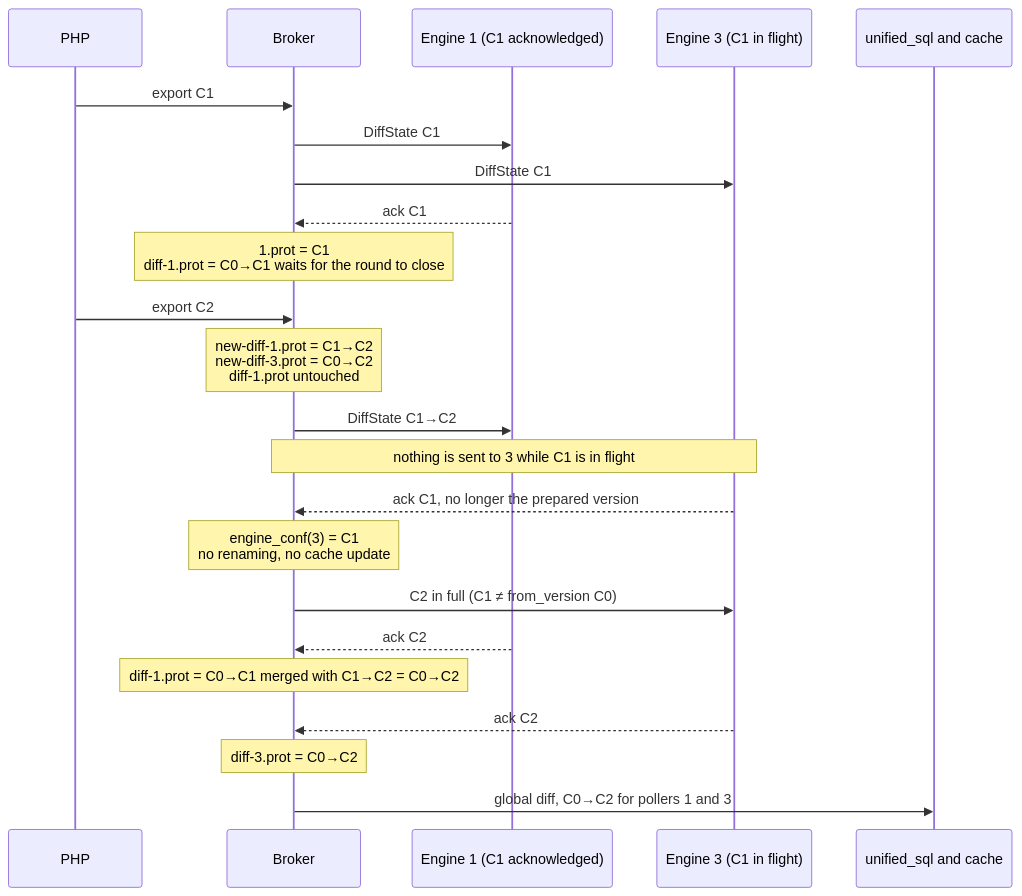
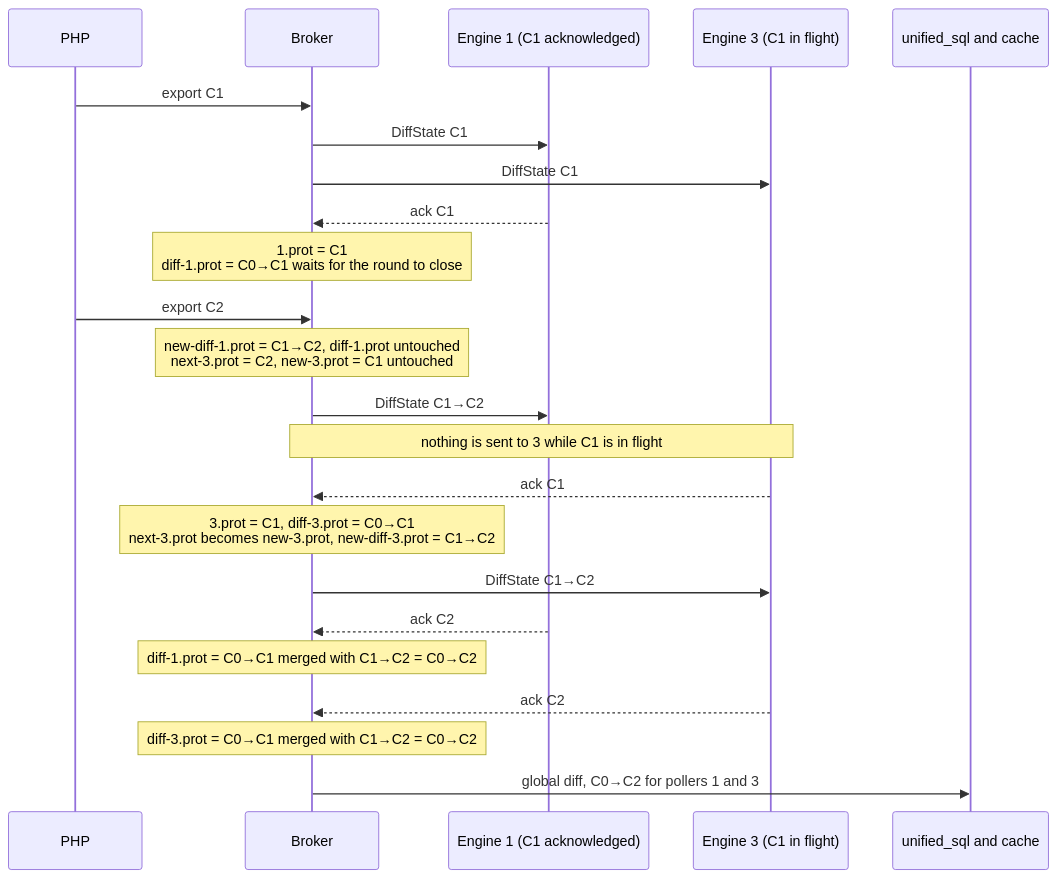
One commit to centreon/centreon-collect changed the second of 13 diagrams in doc/nego-engine-broker/02-configuration-delivery-en.md. Above: the diagram before and after it, drawn with Mermaid. The commit also changed other lines of this file and 1 other file, not shown here.

Commit message:
chore(doc): nego-engine-broker, next-<ID>.prot and an export during a flight

````diff
--- a/doc/nego-engine-broker/02-configuration-delivery-en.md
+++ b/doc/nego-engine-broker/02-configuration-delivery-en.md
@@ -198,26 +204,26 @@
 ```mermaid
 sequenceDiagram
     participant PHP
     participant B as Broker
     participant E1 as Engine 1 (C1 acknowledged)
     participant E3 as Engine 3 (C1 in flight)
     participant DB as unified_sql and cache
 
     PHP ->> B: export C1
     B ->> E1: DiffState C1
     B ->> E3: DiffState C1
     E1 -->> B: ack C1
     Note over B: 1.prot = C1<br/>diff-1.prot = C0→C1 waits for the round to close
     PHP ->> B: export C2
-    Note over B: new-diff-1.prot = C1→C2<br/>new-diff-3.prot = C0→C2<br/>diff-1.prot untouched
+    Note over B: new-diff-1.prot = C1→C2, diff-1.prot untouched<br/>next-3.prot = C2, new-3.prot = C1 untouched
     B ->> E1: DiffState C1→C2
     Note over B,E3: nothing is sent to 3 while C1 is in flight
-    E3 -->> B: ack C1, no longer the prepared version
-    Note over B: engine_conf(3) = C1<br/>no renaming, no cache update
-    B ->> E3: C2 in full (C1 ≠ from_version C0)
+    E3 -->> B: ack C1
+    Note over B: 3.prot = C1, diff-3.prot = C0→C1<br/>next-3.prot becomes new-3.prot, new-diff-3.prot = C1→C2
+    B ->> E3: DiffState C1→C2
     E1 -->> B: ack C2
     Note over B: diff-1.prot = C0→C1 merged with C1→C2 = C0→C2
     E3 -->> B: ack C2
-    Note over B: diff-3.prot = C0→C2
+    Note over B: diff-3.prot = C0→C1 merged with C1→C2 = C0→C2
     B ->> DB: global diff, C0→C2 for pollers 1 and 3
 ```
````
